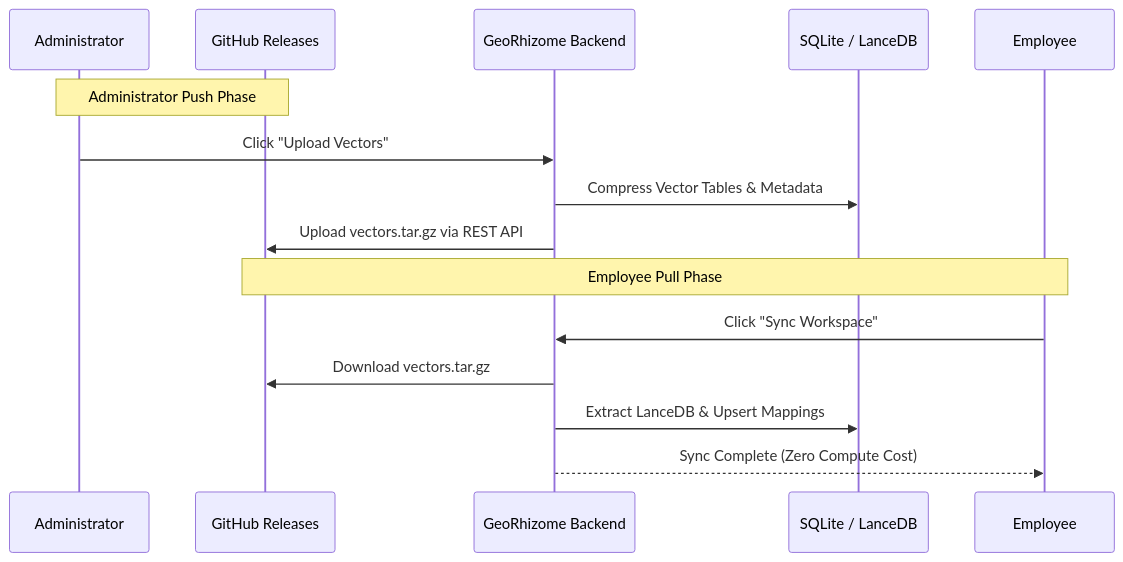
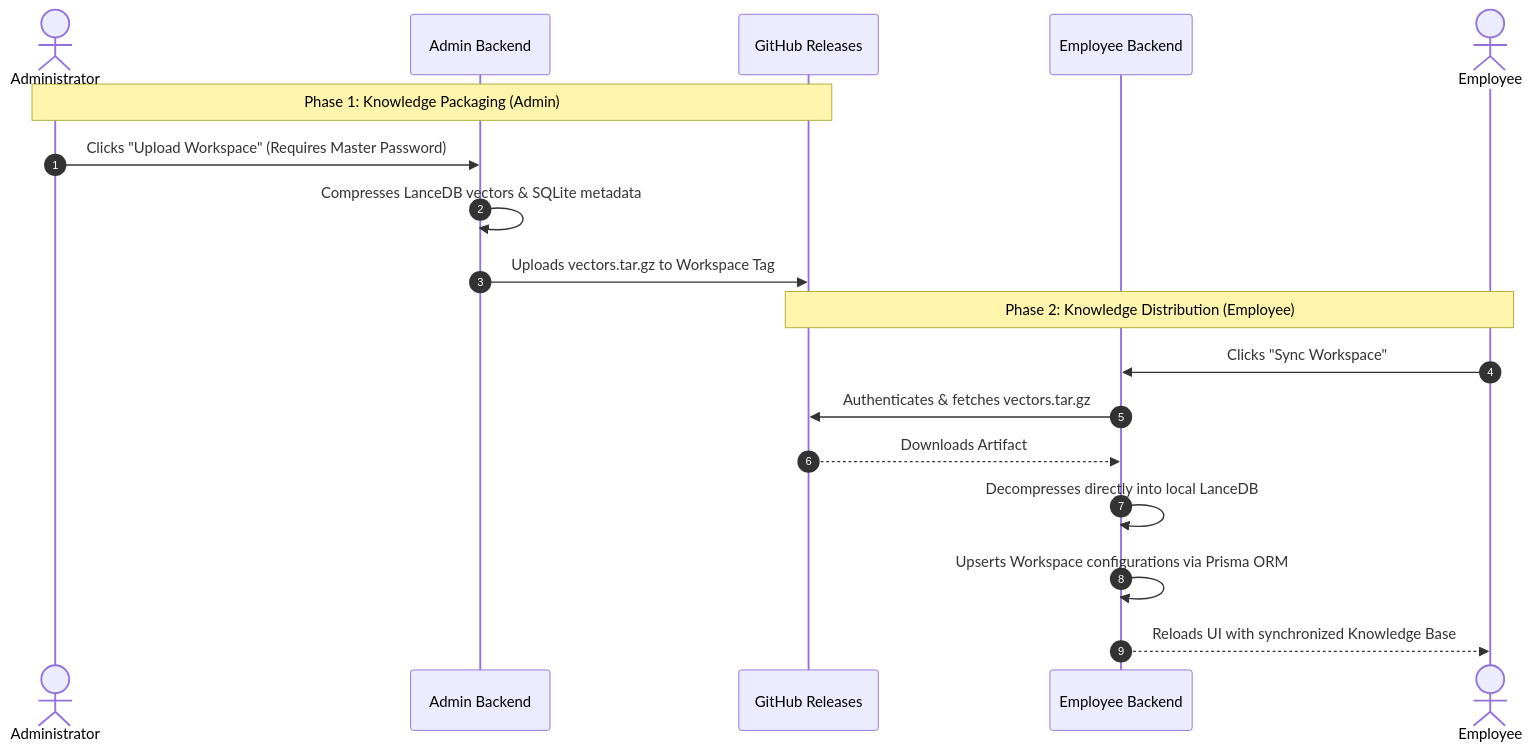
One commit to BAIZ1D/GeoRhizome_AI-LTS changed the second of 2 diagrams in georhizome-ai-source/README.md. Above: the diagram before and after it, drawn with Mermaid. The commit also changed other lines of this file, not shown here.

First line of the commit message:
Docs: Overhaul README with highly detailed architectural pillars and logical Mermaid diagrams

````diff
--- a/georhizome-ai-source/README.md
+++ b/georhizome-ai-source/README.md
@@ -56,19 +85,22 @@
 ```mermaid
 sequenceDiagram
-    participant Admin as Administrator
-    participant Hub as GitHub Releases
-    participant Core as GeoRhizome Backend
-    participant DB as SQLite / LanceDB
-    participant Emp as Employee
+    autonumber
+    actor Admin as Administrator
+    participant AdminNode as Admin Backend
+    participant GitHub as GitHub Releases
+    participant EmpNode as Employee Backend
+    actor Employee as Employee
 
-    Note over Admin,Hub: Administrator Push Phase
-    Admin->>Core: Click "Upload Vectors"
-    Core->>DB: Compress Vector Tables & Metadata
-    Core->>Hub: Upload vectors.tar.gz via REST API
+    Note over Admin,GitHub: Phase 1: Knowledge Packaging (Admin)
+    Admin->>AdminNode: Clicks "Upload Workspace" (Requires Master Password)
+    AdminNode->>AdminNode: Compresses LanceDB vectors & SQLite metadata
+    AdminNode->>GitHub: Uploads vectors.tar.gz to Workspace Tag
     
-    Note over Hub,Emp: Employee Pull Phase
-    Emp->>Core: Click "Sync Workspace"
-    Core->>Hub: Download vectors.tar.gz
-    Core->>DB: Extract LanceDB & Upsert Mappings
-    Core-->>Emp: Sync Complete (Zero Compute Cost)
+    Note over GitHub,Employee: Phase 2: Knowledge Distribution (Employee)
+    Employee->>EmpNode: Clicks "Sync Workspace"
+    EmpNode->>GitHub: Authenticates & fetches vectors.tar.gz
+    GitHub-->>EmpNode: Downloads Artifact
+    EmpNode->>EmpNode: Decompresses directly into local LanceDB
+    EmpNode->>EmpNode: Upserts Workspace configurations via Prisma ORM
+    EmpNode-->>Employee: Reloads UI with synchronized Knowledge Base
 ```
````
